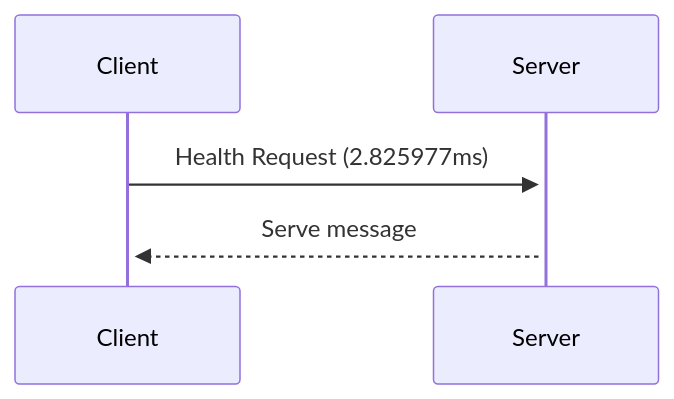
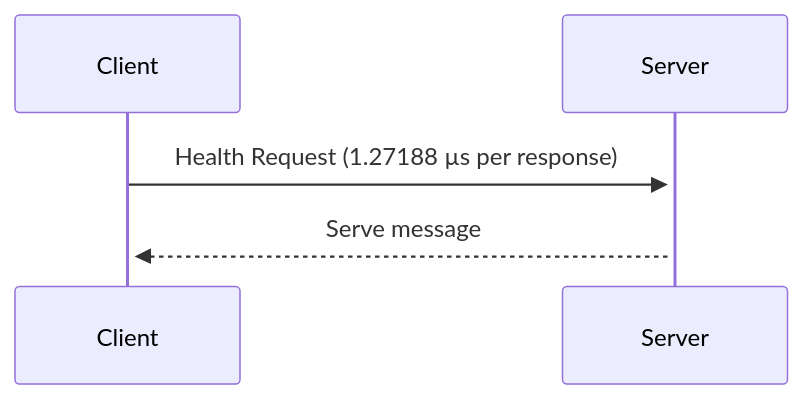
Before and after one commit to Ja7ad/grpc-unix-socket: the second of 2 diagrams in README.md, drawn with Mermaid. The commit also changed other lines of this file, not shown here.

````diff
--- a/README.md
+++ b/README.md
@@ -33,7 +33,7 @@
 ```mermaid
 sequenceDiagram
 
-Client->>+Server: Health Request (2.825977ms)
+Client->>+Server: Health Request (1.27188 µs per response)
 
 Server-->>+Client: Serve message
 ```
````
